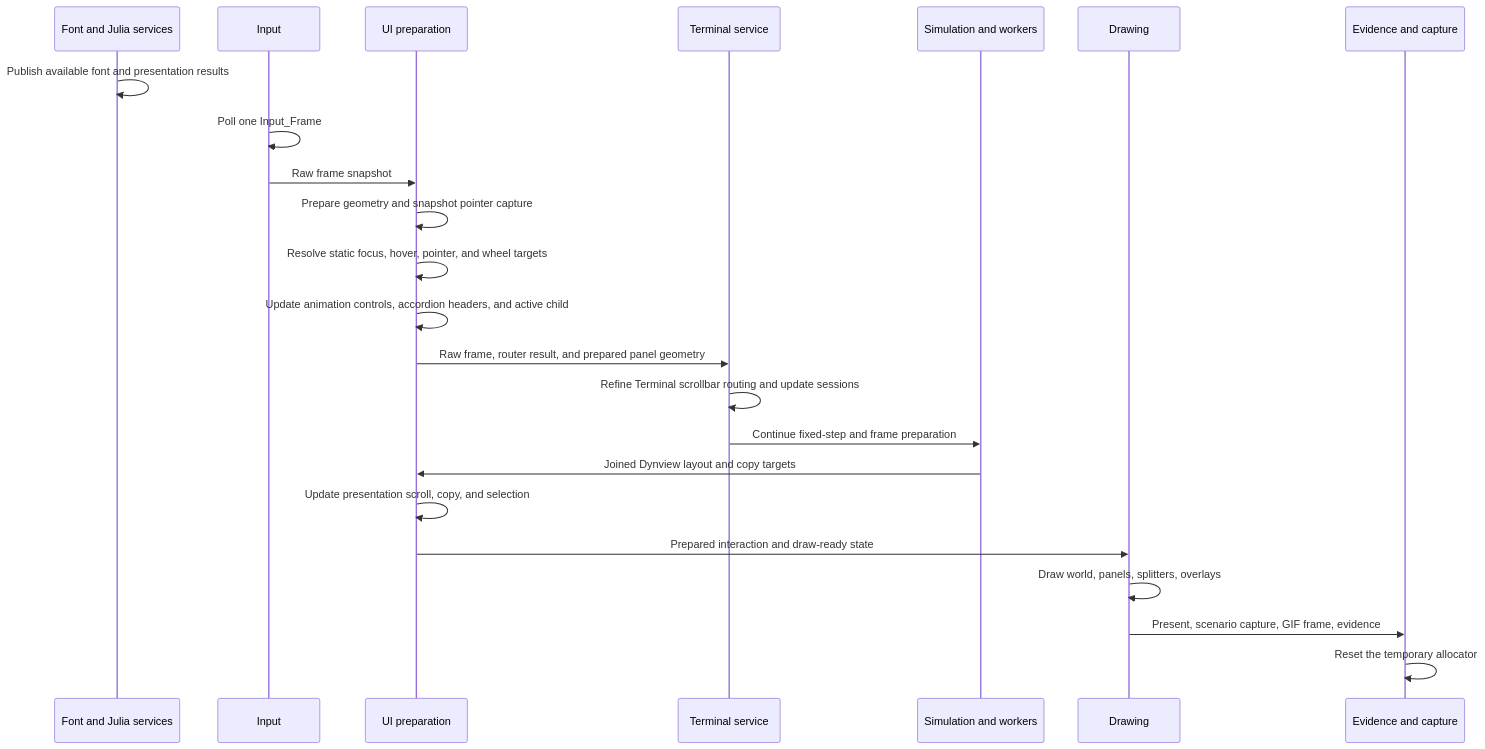
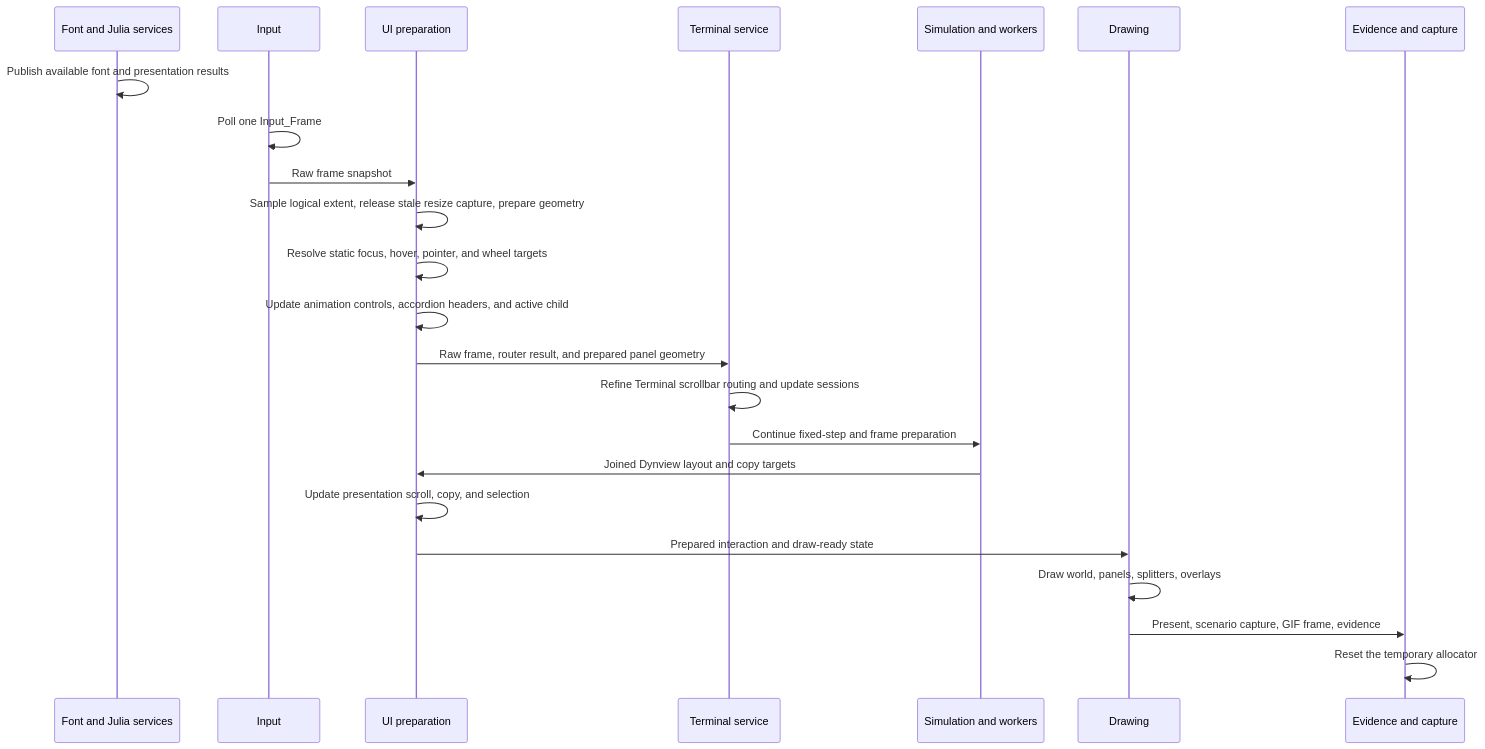
The second of 5 diagrams in docs/wiki/Guides/UiSystem.md (derekshoneycutt/Euclid), drawn with Mermaid before and after one commit. The commit also changed other lines of this file and 22 other files, not shown here.

````diff
--- a/docs/wiki/Guides/UiSystem.md
+++ b/docs/wiki/Guides/UiSystem.md
@@ -153,26 +153,26 @@
 ```mermaid
 sequenceDiagram
     participant F as Font and Julia services
     participant I as Input
     participant U as UI preparation
     participant T as Terminal service
     participant S as Simulation and workers
     participant D as Drawing
     participant E as Evidence and capture
 
     F->>F: Publish available font and presentation results
     I->>I: Poll one Input_Frame
     I->>U: Raw frame snapshot
-    U->>U: Prepare geometry and snapshot pointer capture
+    U->>U: Sample logical extent, release stale resize capture, prepare geometry
     U->>U: Resolve static focus, hover, pointer, and wheel targets
     U->>U: Update animation controls, accordion headers, and active child
     U->>T: Raw frame, router result, and prepared panel geometry
     T->>T: Refine Terminal scrollbar routing and update sessions
     T->>S: Continue fixed-step and frame preparation
     S->>U: Joined Dynview layout and copy targets
     U->>U: Update presentation scroll, copy, and selection
     U->>D: Prepared interaction and draw-ready state
     D->>D: Draw world, panels, splitters, overlays
     D->>E: Present, scenario capture, GIF frame, evidence
     E->>E: Reset the temporary allocator
 ```
````
